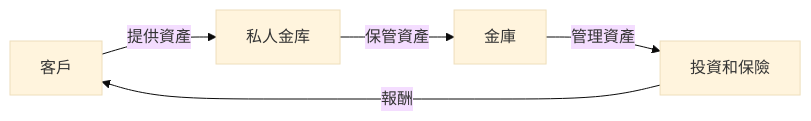
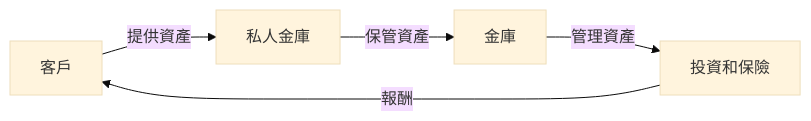
One commit to a920604a/engineernews changed the diagram in src/content/posts/learning/2026-04-25-plan-b.md. Above: the diagram before and after it, drawn with Mermaid (base theme). The commit also changed other lines of this file and 49 other files, not shown here.

````diff
--- a/src/content/posts/learning/2026-04-25-plan-b.md
+++ b/src/content/posts/learning/2026-04-25-plan-b.md
@@ -26,7 +27,7 @@
 ```mermaid
 graph LR
-    A[客戶] -->|"提供資產"| B[私人金库]
+    A[客戶] -->|"提供資產"| B[私人金庫]
     B -->|"保管資產"| C[金庫]
     C -->|"管理資產"| D[投資和保險]
     D -->|"報酬"| A
 ```
````
